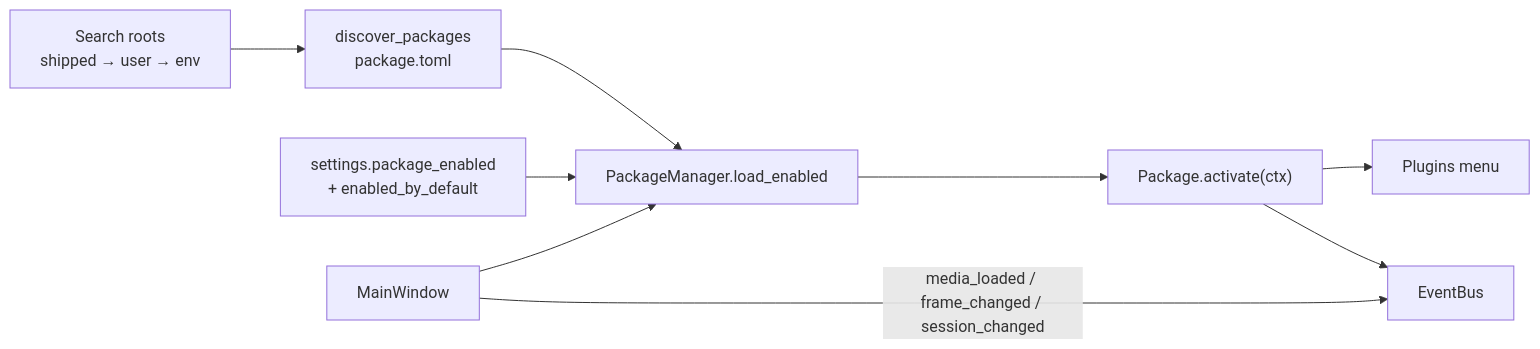
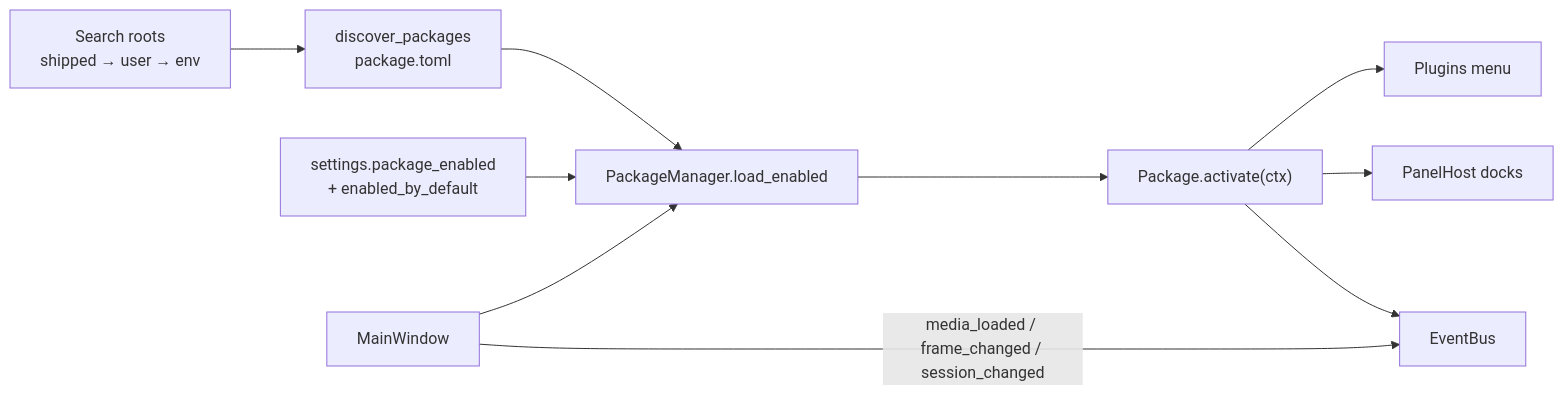
Before and after one commit to bernhardkimbacher/Framecycler: the second of 2 diagrams in README.md, drawn with Mermaid. The commit also changed other lines of this file and 11 other files, not shown here.

First line of the commit message:
Add dockable PanelHost API for built-in and package panels.

````diff
--- a/README.md
+++ b/README.md
@@ -225,11 +225,12 @@
 ```mermaid
 flowchart LR
   roots["Search roots\nshipped → user → env"] --> discover["discover_packages\npackage.toml"]
   discover --> mgr["PackageManager.load_enabled"]
   settings["settings.package_enabled\n+ enabled_by_default"] --> mgr
   mgr --> activate["Package.activate(ctx)"]
   activate --> menu["Plugins menu"]
+  activate --> panels["PanelHost docks"]
   activate --> bus["EventBus"]
   MW["MainWindow"] --> mgr
   MW -->|media_loaded / frame_changed / session_changed| bus
 ```
````
